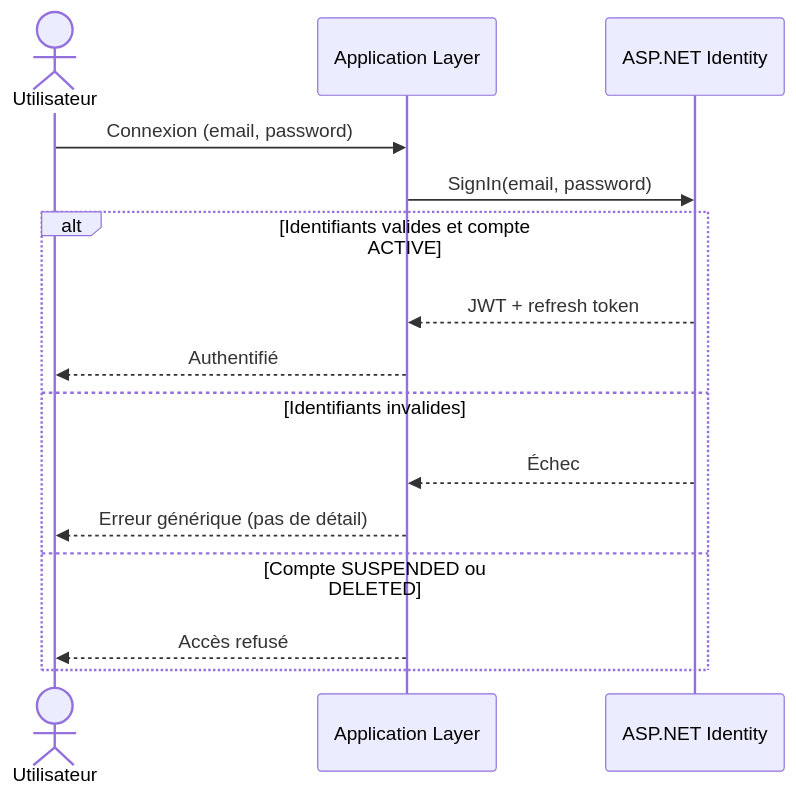
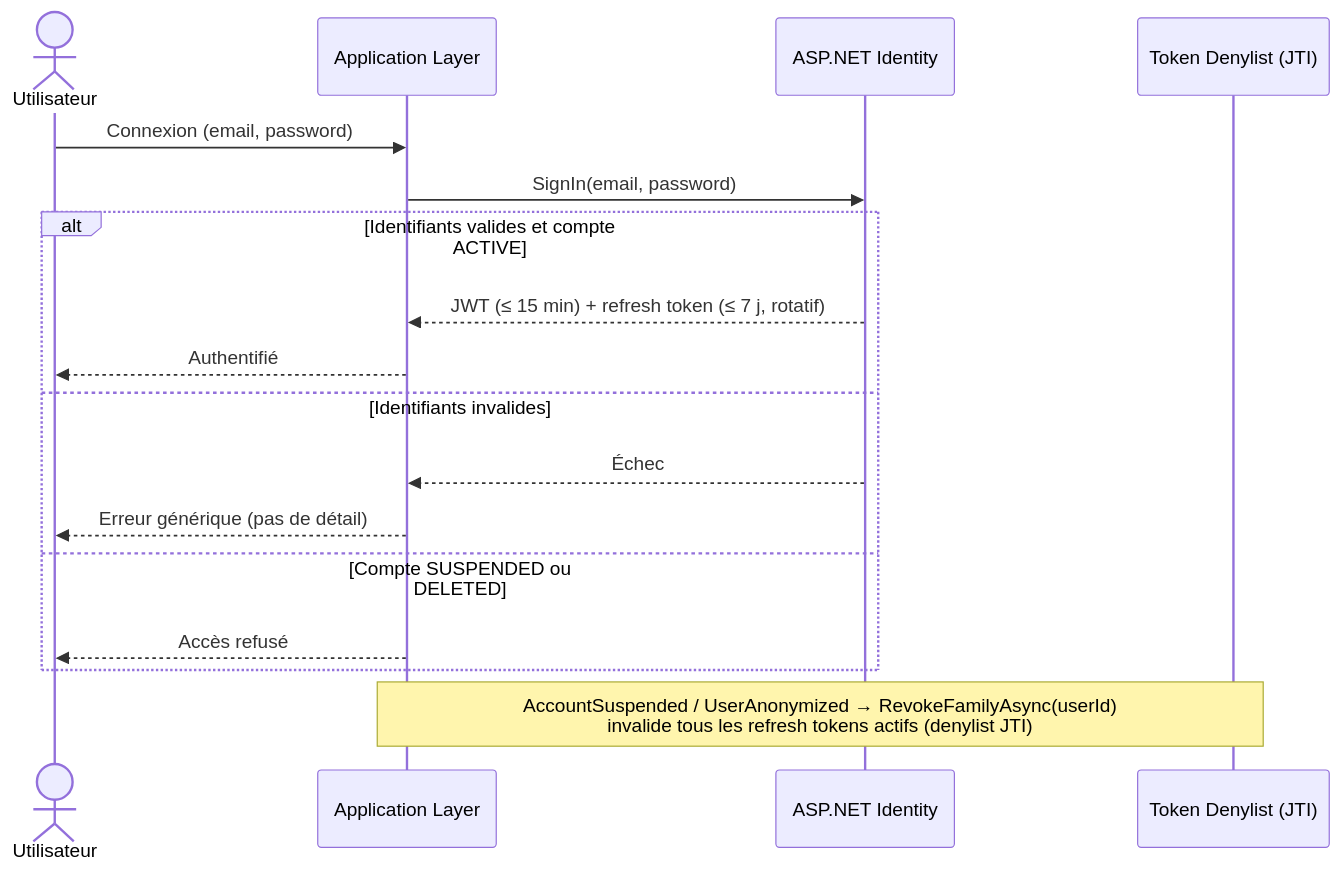
Before and after one commit to 2025-10-CDA-ECO-P6/PM-micro-saas: the second of 6 diagrams in docs/conception/domain/diagrams/flows/identity-access.md, drawn with Mermaid. The commit also changed other lines of this file and 107 other files, not shown here.

````diff
--- a/docs/conception/domain/diagrams/flows/identity-access.md
+++ b/docs/conception/domain/diagrams/flows/identity-access.md
@@ -24,18 +26,20 @@
 ```mermaid
 sequenceDiagram
     actor Utilisateur
     participant App as Application Layer
     participant Identity as ASP.NET Identity
+    participant Denylist as Token Denylist (JTI)
 
     Utilisateur->>App: Connexion (email, password)
     App->>Identity: SignIn(email, password)
     alt Identifiants valides et compte ACTIVE
-        Identity-->>App: JWT + refresh token
+        Identity-->>App: JWT (≤ 15 min) + refresh token (≤ 7 j, rotatif)
         App-->>Utilisateur: Authentifié
     else Identifiants invalides
         Identity-->>App: Échec
         App-->>Utilisateur: Erreur générique (pas de détail)
     else Compte SUSPENDED ou DELETED
         App-->>Utilisateur: Accès refusé
     end
+    Note over App,Denylist: AccountSuspended / UserAnonymized → RevokeFamilyAsync(userId)<br/>invalide tous les refresh tokens actifs (denylist JTI)
 ```
````
